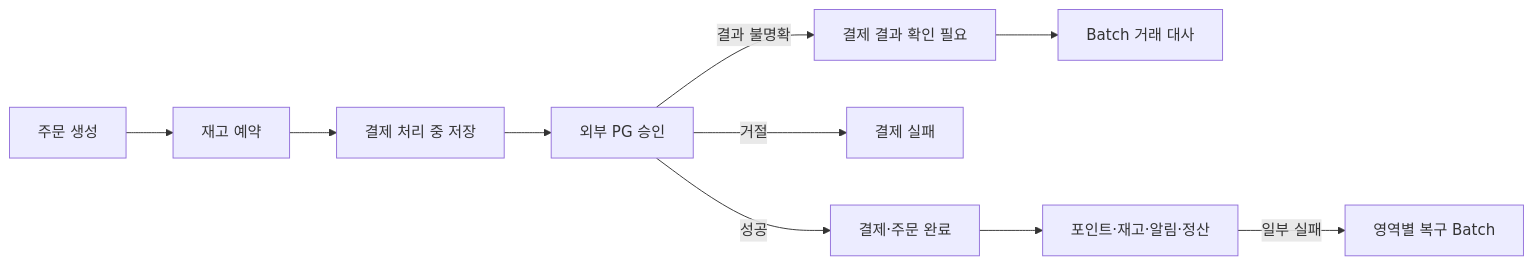
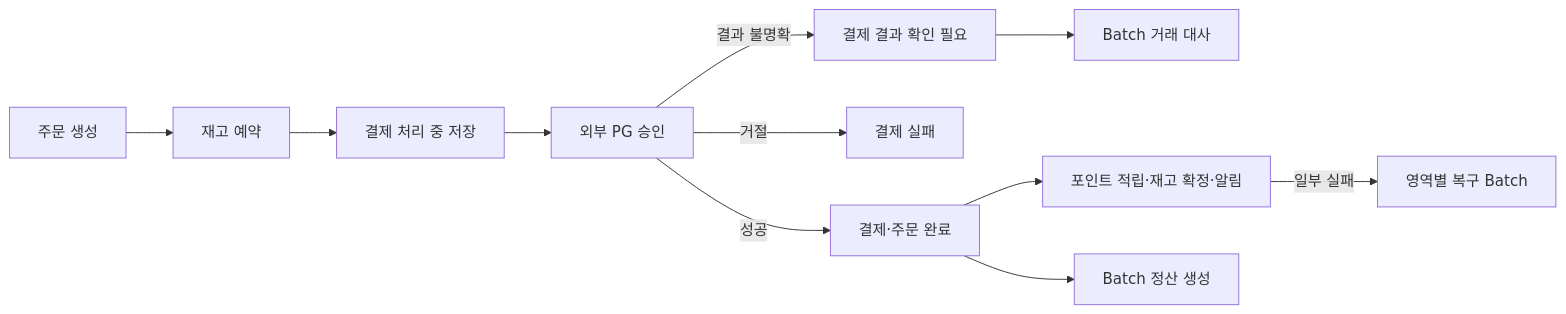
Before and after one commit to PocketPayStore/PocketPay_Core: the diagram in README.md, drawn with Mermaid. The commit also changed other lines of this file, not shown here.

```diff
--- a/README.md
+++ b/README.md
@@ -30,12 +34,13 @@
 ~~~mermaid
 flowchart LR
     A[주문 생성] --> B[재고 예약]
     B --> C[결제 처리 중 저장]
     C --> D[외부 PG 승인]
     D -->|성공| E[결제·주문 완료]
     D -->|거절| F[결제 실패]
     D -->|결과 불명확| G[결제 결과 확인 필요]
     G --> H[Batch 거래 대사]
-    E --> I[포인트·재고·알림·정산]
+    E --> I[포인트 적립·재고 확정·알림]
     I -->|일부 실패| J[영역별 복구 Batch]
+    E --> K[Batch 정산 생성]
 ~~~
```
